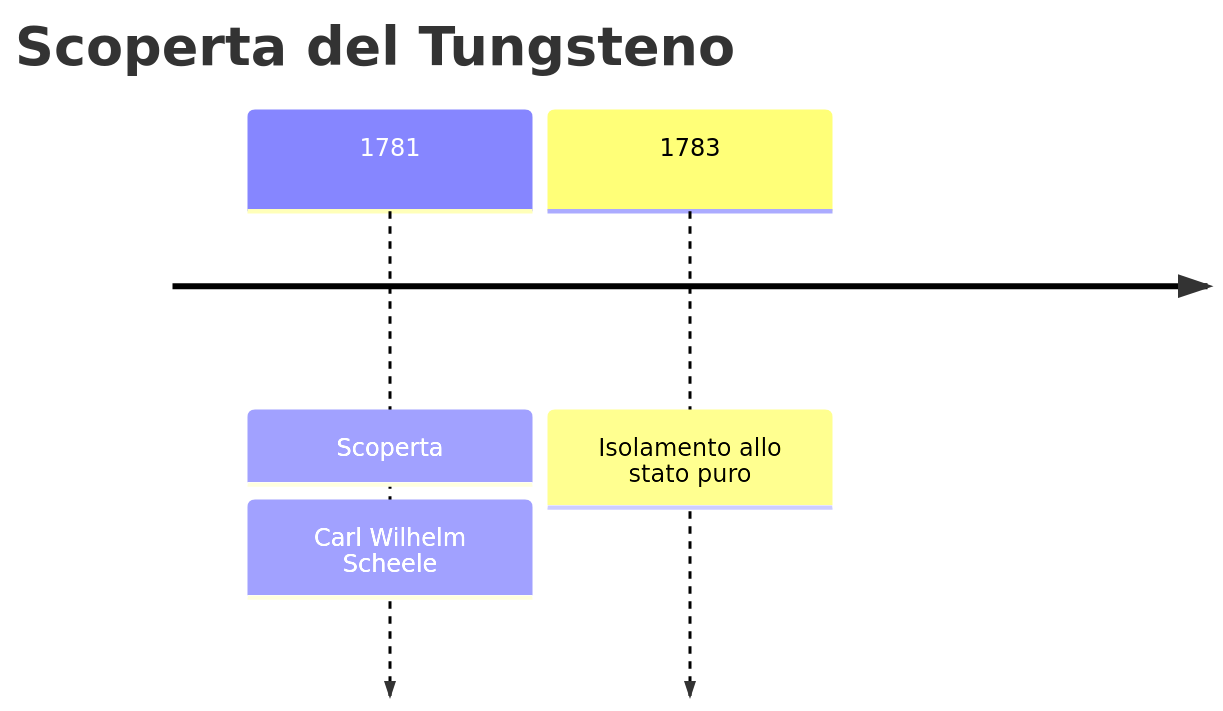
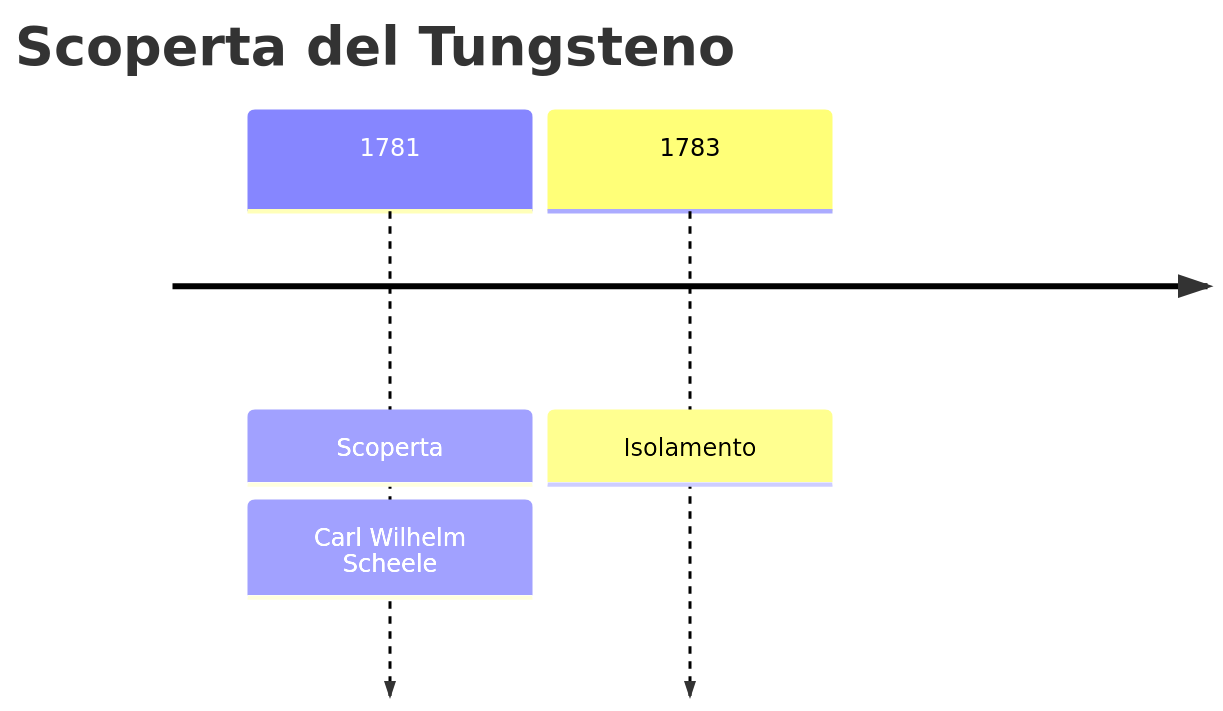
Before and after one commit to gianlucaciarcelluti/elements-caos: the first of 3 diagrams in vault/Elementi/Tungsteno.md, drawn with Mermaid. The commit also changed 56 other files, not shown here.

````diff
--- a/vault/Elementi/Tungsteno.md
+++ b/vault/Elementi/Tungsteno.md
@@ -28,6 +28,6 @@
 ```mermaid
 timeline
     title Scoperta del Tungsteno
     1781 : Scoperta : Carl Wilhelm Scheele
-    1783 : Isolamento allo stato puro
+    1783 : Isolamento
 ```
````
